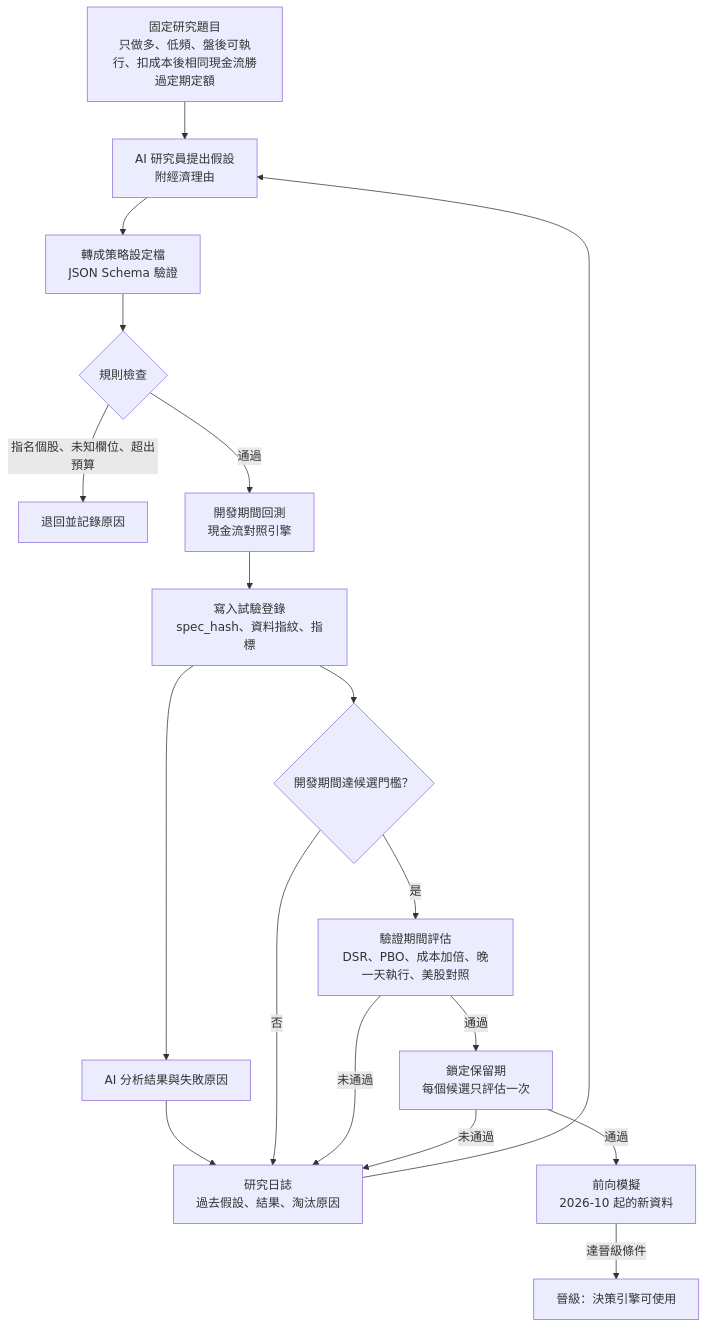
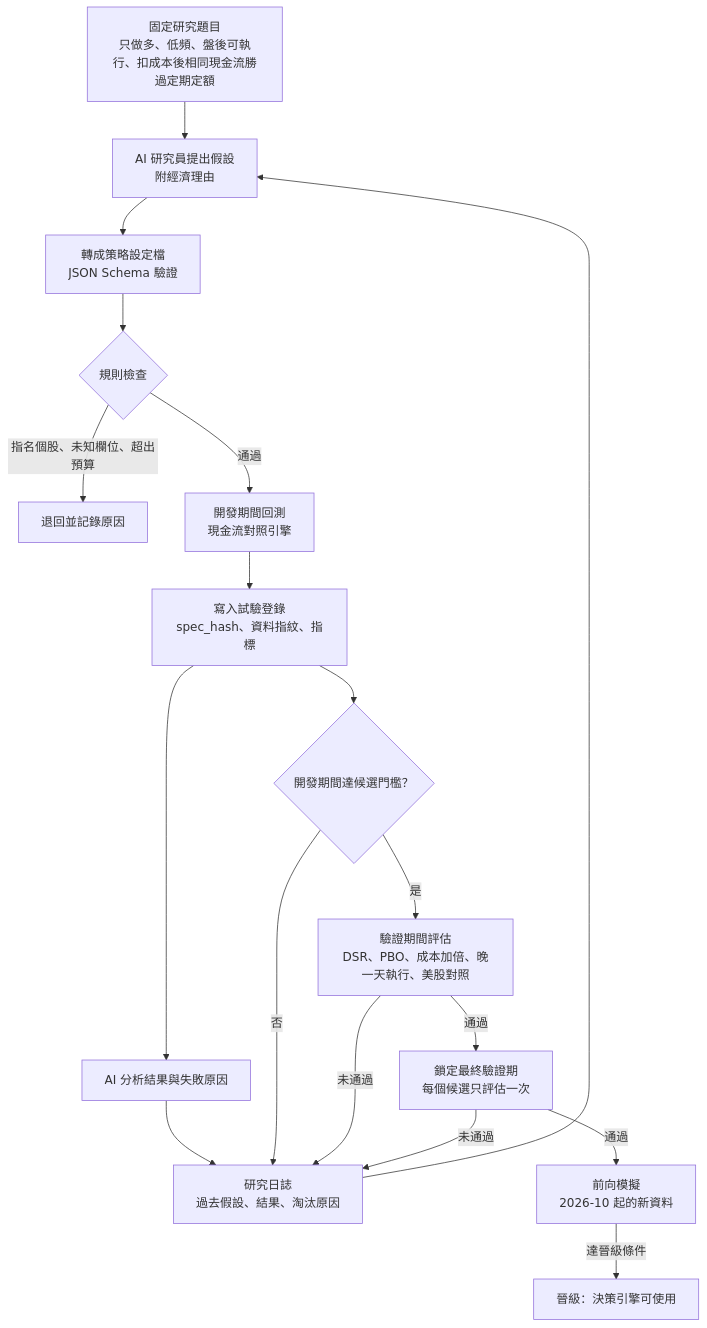
One commit to ryan73093/StockResearch changed the fourth of 6 diagrams in docs/system_architecture.md. Above: the diagram before and after it, drawn with Mermaid. The commit also changed other lines of this file and 25 other files, not shown here.

````diff
--- a/docs/system_architecture.md
+++ b/docs/system_architecture.md
@@ -137,20 +137,20 @@
 ```mermaid
 flowchart TD
     Q[固定研究題目<br/>只做多、低頻、盤後可執行、扣成本後相同現金流勝過定期定額] --> H
     LOG[研究日誌<br/>過去假設、結果、淘汰原因] --> H
     H[AI 研究員提出假設<br/>附經濟理由] --> S[轉成策略設定檔<br/>JSON Schema 驗證]
     S --> CHK{規則檢查}
     CHK -->|指名個股、未知欄位、超出預算| REJ[退回並記錄原因]
     CHK -->|通過| DEV[開發期間回測<br/>現金流對照引擎]
     DEV --> REC[寫入試驗登錄<br/>spec_hash、資料指紋、指標]
     REC --> ANA[AI 分析結果與失敗原因]
     ANA --> LOG
     REC --> CAND{開發期間達候選門檻？}
     CAND -->|否| LOG
     CAND -->|是| VAL[驗證期間評估<br/>DSR、PBO、成本加倍、晚一天執行、美股對照]
     VAL -->|未通過| LOG
-    VAL -->|通過| HOLD[鎖定保留期<br/>每個候選只評估一次]
+    VAL -->|通過| HOLD[鎖定最終驗證期<br/>每個候選只評估一次]
     HOLD -->|通過| FWD[前向模擬<br/>2026-10 起的新資料]
     FWD -->|達晉級條件| PROMO[晉級：決策引擎可使用]
     HOLD -->|未通過| LOG
 ```
````
